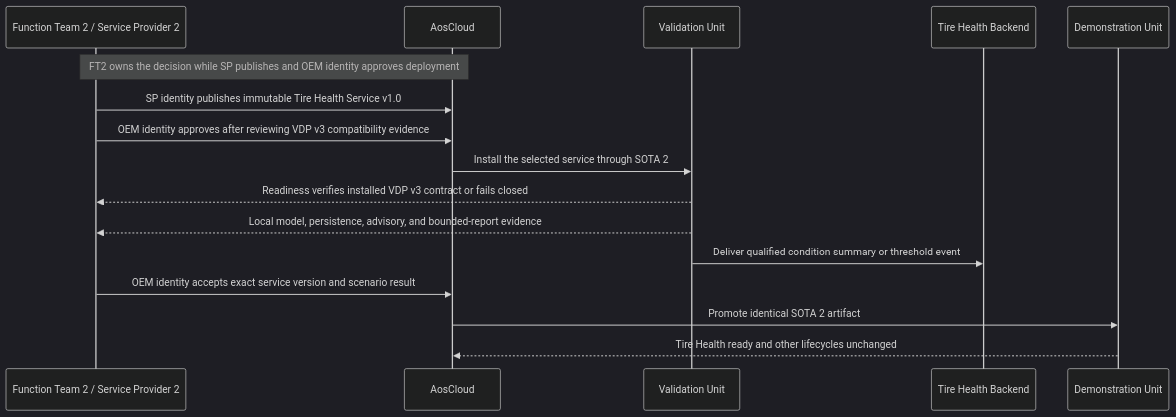
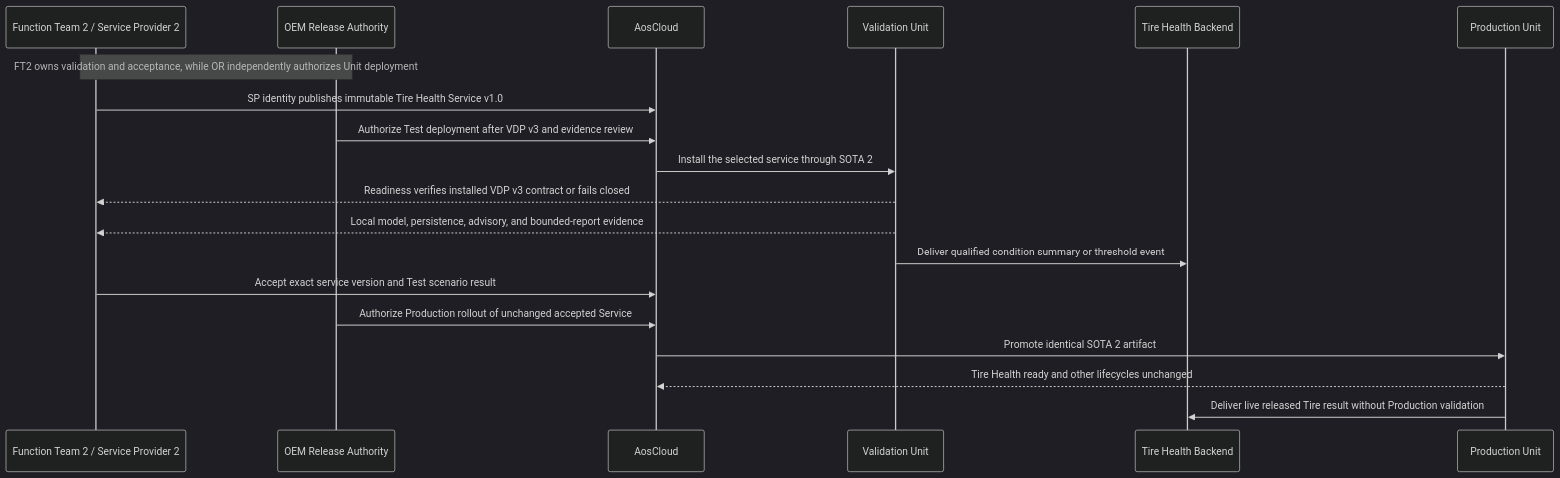
Before and after one commit to alexmaninblack/aosedge-sdv-demo: diagram 17 of 22 in docs/architecture/demo-scenario-architecture-flows.md, drawn with Mermaid (dark theme). The commit also changed other lines of this file and 176 other files, not shown here.

````diff
--- a/docs/architecture/demo-scenario-architecture-flows.md
+++ b/docs/architecture/demo-scenario-architecture-flows.md
@@ -1028,19 +1156,22 @@
 ```mermaid
 sequenceDiagram
     participant FT2 as Function Team 2 / Service Provider 2
+    participant OR as OEM Release Authority
     participant AC as AosCloud
     participant VU as Validation Unit
     participant TB as Tire Health Backend
-    participant DU as Demonstration Unit
+    participant PU as Production Unit
 
-    Note over FT2,AC: FT2 owns the decision while SP publishes and OEM identity approves deployment
+    Note over FT2,OR: FT2 owns validation and acceptance, while OR independently authorizes Unit deployment
     FT2->>AC: SP identity publishes immutable Tire Health Service v1.0
-    FT2->>AC: OEM identity approves after reviewing VDP v3 compatibility evidence
+    OR->>AC: Authorize Test deployment after VDP v3 and evidence review
     AC->>VU: Install the selected service through SOTA 2
     VU-->>FT2: Readiness verifies installed VDP v3 contract or fails closed
     VU-->>FT2: Local model, persistence, advisory, and bounded-report evidence
     VU->>TB: Deliver qualified condition summary or threshold event
-    FT2->>AC: OEM identity accepts exact service version and scenario result
-    AC->>DU: Promote identical SOTA 2 artifact
-    DU-->>AC: Tire Health ready and other lifecycles unchanged
+    FT2->>AC: Accept exact service version and Test scenario result
+    OR->>AC: Authorize Production rollout of unchanged accepted Service
+    AC->>PU: Promote identical SOTA 2 artifact
+    PU-->>AC: Tire Health ready and other lifecycles unchanged
+    PU->>TB: Deliver live released Tire result without Production validation
 ```
````
